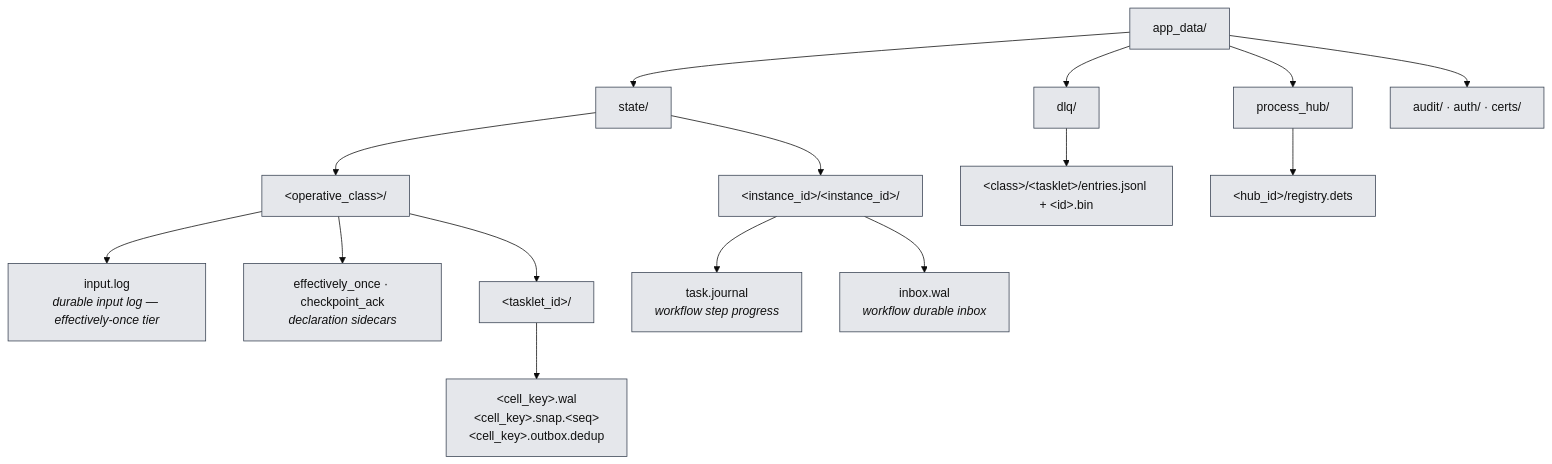
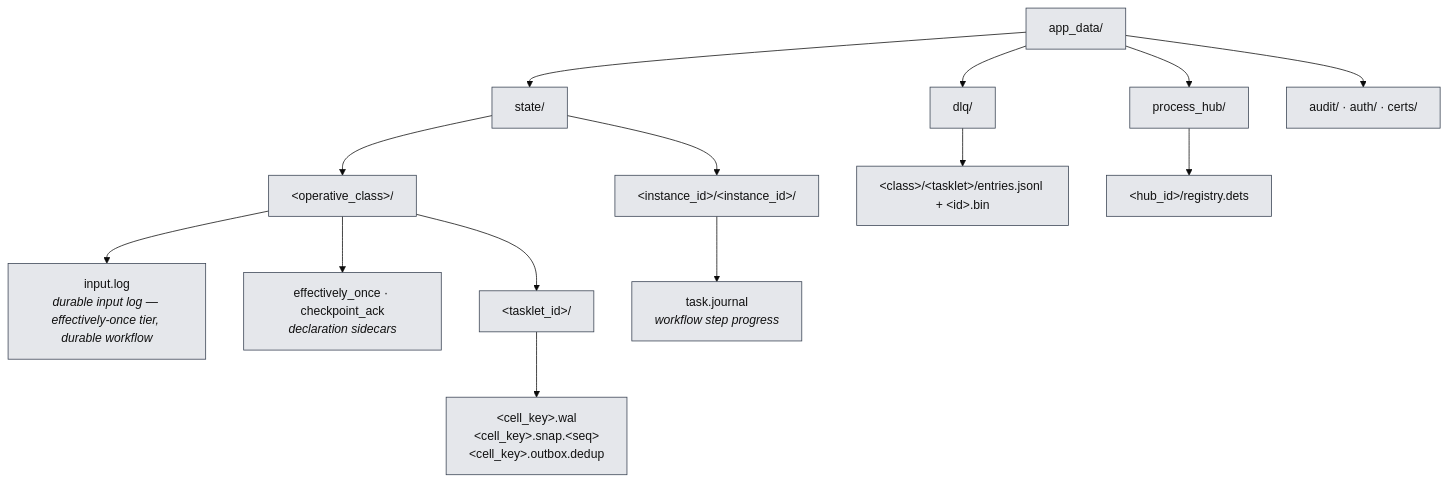
One commit to Flezha/flezha changed the eighth of 9 diagrams in docs/architecture/README.md. Above: the diagram before and after it, drawn with Mermaid (base theme). The commit also changed other lines of this file and 78 other files, not shown here.

First line of the commit message:
Keep one durable input log

````diff
--- a/docs/architecture/README.md
+++ b/docs/architecture/README.md
@@ -434,38 +435,36 @@
 ```mermaid
 flowchart TB
     ROOT["app_data/"]:::store
     ST["state/"]:::store
     DLQ["dlq/"]:::store
     PH["process_hub/"]:::store
     AUD["audit/ · auth/ · certs/"]:::store
 
     CLS["&lt;operative_class&gt;/"]:::store
-    IL["input.log<br/><i>durable input log — effectively-once tier</i>"]:::store
+    IL["input.log<br/><i>durable input log — effectively-once tier, durable workflow</i>"]:::store
     DECL["effectively_once · checkpoint_ack<br/><i>declaration sidecars</i>"]:::store
     OPID["&lt;tasklet_id&gt;/"]:::store
     SEG["&lt;cell_key&gt;.wal<br/>&lt;cell_key&gt;.snap.&lt;seq&gt;<br/>&lt;cell_key&gt;.outbox.dedup"]:::store
 
     INST["&lt;instance_id&gt;/&lt;instance_id&gt;/"]:::store
     JRN["task.journal<br/><i>workflow step progress</i>"]:::store
-    INB["inbox.wal<br/><i>workflow durable inbox</i>"]:::store
 
     DLQE["&lt;class&gt;/&lt;tasklet&gt;/entries.jsonl + &lt;id&gt;.bin"]:::store
     PHR["&lt;hub_id&gt;/registry.dets"]:::store
 
     ROOT --> ST
     ROOT --> DLQ
     ROOT --> PH
     ROOT --> AUD
     ST --> CLS
     CLS --> IL
     CLS --> DECL
     CLS --> OPID
     OPID --> SEG
     ST --> INST
     INST --> JRN
-    INST --> INB
     DLQ --> DLQE
     PH --> PHR
 
     classDef store fill:#e5e7eb,stroke:#374151,color:#111
 ```
````
